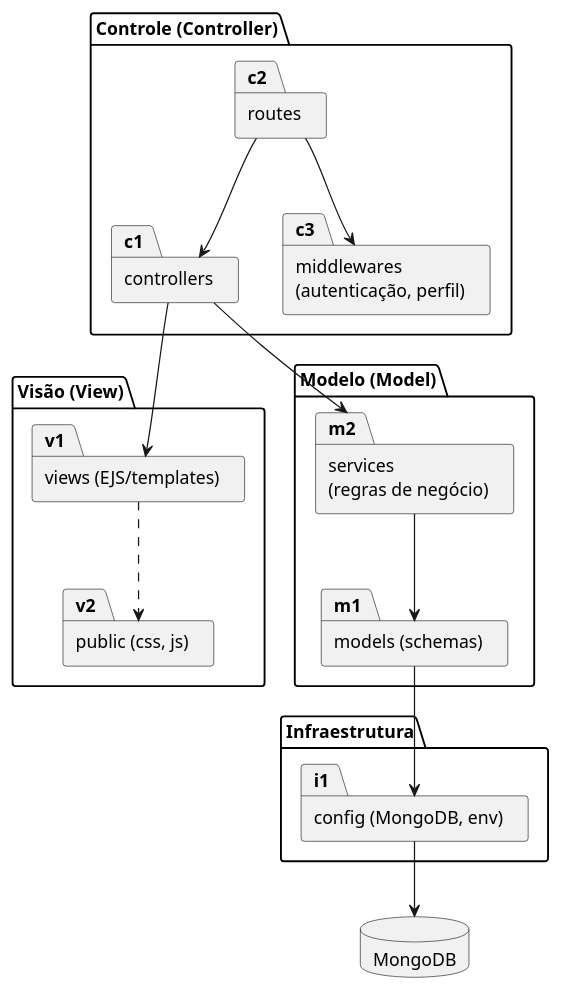
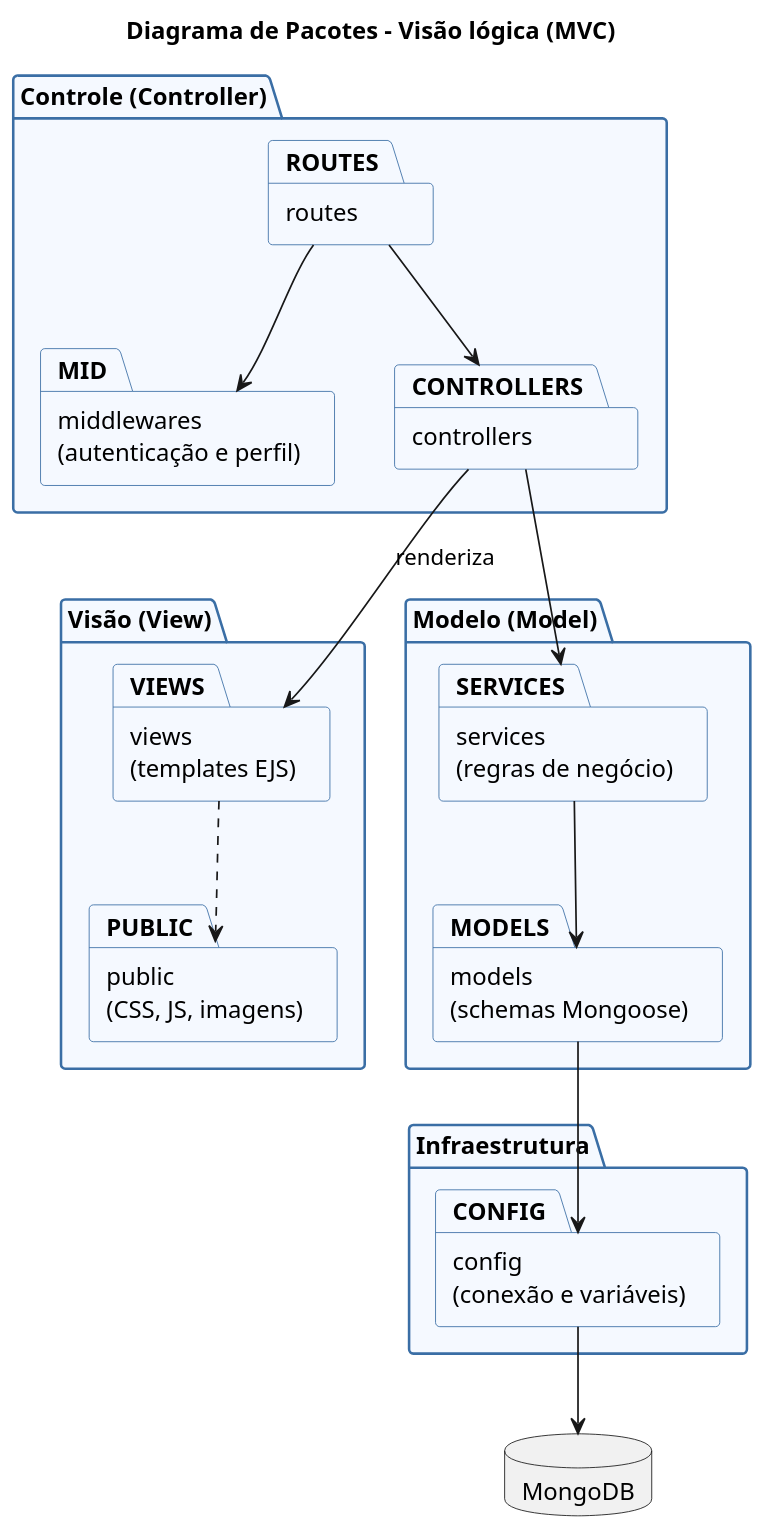
Before and after one commit to annaluizapsilva-03/Aluguel-automoveis: the diagram in docs/diagramas/pacotes.puml, drawn with PlantUML. The commit also changed 22 other files, not shown here.

```diff
--- a/docs/diagramas/pacotes.puml
+++ b/docs/diagramas/pacotes.puml
@@ -1,29 +1,37 @@
 @startuml pacotes
+title Diagrama de Pacotes - Visão lógica (MVC)
+skinparam shadowing false
+skinparam dpi 130
 skinparam packageStyle folder
-package "Visão (View)" as view {
-  package "views (EJS/templates)" as v1
-  package "public (css, js)" as v2
+skinparam package {
+  BackgroundColor #F5F9FF
+  BorderColor #3A6EA5
 }
-package "Controle (Controller)" as controller {
-  package "controllers" as c1
-  package "routes" as c2
-  package "middlewares\n(autenticação, perfil)" as c3
+
+package "Visão (View)" as VIEW {
+  package "views\n(templates EJS)" as VIEWS
+  package "public\n(CSS, JS, imagens)" as PUBLIC
 }
-package "Modelo (Model)" as model {
-  package "models (schemas)" as m1
-  package "services\n(regras de negócio)" as m2
+package "Controle (Controller)" as CTRL {
+  package "routes" as ROUTES
+  package "middlewares\n(autenticação e perfil)" as MID
+  package "controllers" as CONTROLLERS
 }
-package "Infraestrutura" as infra {
-  package "config (MongoDB, env)" as i1
+package "Modelo (Model)" as MODEL {
+  package "services\n(regras de negócio)" as SERVICES
+  package "models\n(schemas Mongoose)" as MODELS
 }
-database "MongoDB" as db
+package "Infraestrutura" as INFRA {
+  package "config\n(conexão e variáveis)" as CONFIG
+}
+database "MongoDB" as DB
 
-c2 --> c3
-c2 --> c1
-c1 --> m2
-c1 --> v1
-m2 --> m1
-m1 --> i1
-i1 --> db
-v1 ..> v2
+ROUTES --> MID
+ROUTES --> CONTROLLERS
+CONTROLLERS --> SERVICES
+CONTROLLERS --> VIEWS : renderiza
+SERVICES --> MODELS
+MODELS --> CONFIG
+CONFIG --> DB
+VIEWS ..> PUBLIC
 @enduml
```
